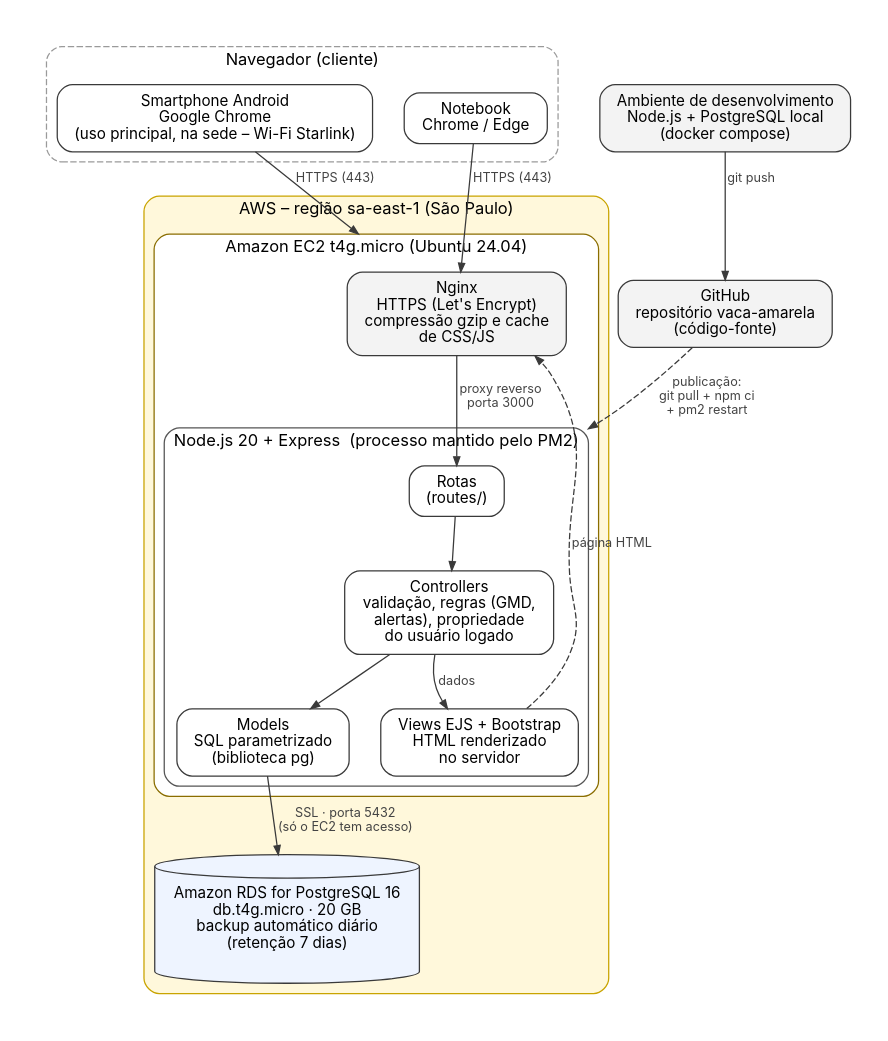
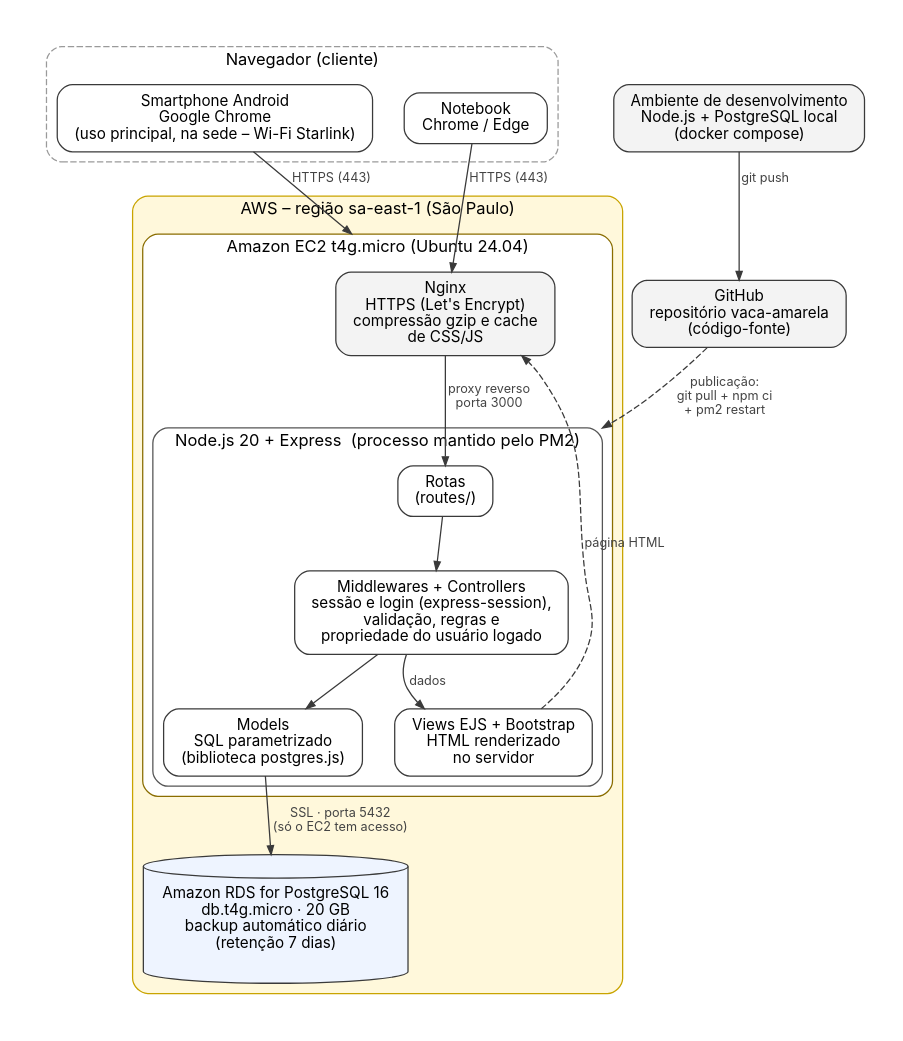
Before and after one commit to gabryelasodre/vaca-amarela: the diagram in docs/diagramas/arquitetura.dot, drawn with Graphviz. The commit also changed 1 other file, not shown here.

Commit message:
docs: arquitetura atualizada com sessão (express-session) e biblioteca postgres.js

```diff
--- a/docs/diagramas/arquitetura.dot
+++ b/docs/diagramas/arquitetura.dot
@@ -1,35 +1,35 @@
 digraph arq {
   graph [rankdir=TB, fontname="Inter", fontsize=13, nodesep=0.35, ranksep=0.45, pad=0.3, compound=true, bgcolor="white"];
   node  [shape=box, style="rounded,filled", fillcolor="#FFFFFF", color="#3A3A3A", fontname="Inter", fontsize=12, margin="0.18,0.1"];
   edge  [color="#3A3A3A", fontname="Inter", fontsize=10, fontcolor="#444444", arrowsize=0.7];
 
   subgraph cluster_user { label="Navegador (cliente)"; style="rounded,dashed"; color="#9A9A9A";
     cel [label="Smartphone Android\nGoogle Chrome\n(uso principal, na sede – Wi-Fi Starlink)"];
     note [label="Notebook\nChrome / Edge"];
   }
 
   subgraph cluster_aws { label="AWS – região sa-east-1 (São Paulo)"; style="rounded,filled"; fillcolor="#FFF8DB"; color="#C9A400";
     subgraph cluster_ec2 { label="Amazon EC2 t4g.micro (Ubuntu 24.04)"; style="rounded,filled"; fillcolor="#FFFFFF"; color="#8A6D00";
       nginx [label="Nginx\nHTTPS (Let's Encrypt)\ncompressão gzip e cache\nde CSS/JS", fillcolor="#F3F3F3"];
       subgraph cluster_node { label="Node.js 20 + Express  (processo mantido pelo PM2)"; style="rounded"; color="#555555";
         rotas [label="Rotas\n(routes/)"];
-        ctrl  [label="Controllers\nvalidação, regras (GMD,\nalertas), propriedade\ndo usuário logado"];
-        model [label="Models\nSQL parametrizado\n(biblioteca pg)"];
+        ctrl  [label="Middlewares + Controllers\nsessão e login (express-session),\nvalidação, regras e\npropriedade do usuário logado"];
+        model [label="Models\nSQL parametrizado\n(biblioteca postgres.js)"];
         views [label="Views EJS + Bootstrap\nHTML renderizado\nno servidor"];
       }
     }
     rds [label="Amazon RDS for PostgreSQL 16\ndb.t4g.micro · 20 GB\nbackup automático diário\n(retenção 7 dias)", shape=cylinder, fillcolor="#EEF4FF", margin="0.2,0.15"];
   }
 
   gh [label="GitHub\nrepositório vaca-amarela\n(código-fonte)", fillcolor="#F3F3F3"];
   dev [label="Ambiente de desenvolvimento\nNode.js + PostgreSQL local\n(docker compose)", fillcolor="#F3F3F3"];
 
   cel -> nginx [label=" HTTPS (443)", lhead=cluster_ec2];
   note -> nginx [label=" HTTPS (443)"];
   nginx -> rotas [label=" proxy reverso\n porta 3000"];
   rotas -> ctrl; ctrl -> model; ctrl -> views [dir=both, arrowtail=none, label=" dados"];
   views -> nginx [label=" página HTML", style=dashed, constraint=false];
   model -> rds [label=" SSL · porta 5432\n (só o EC2 tem acesso)"];
   dev -> gh [label=" git push"];
   gh -> rotas [label=" publicação:\n git pull + npm ci\n + pm2 restart", lhead=cluster_node, style=dashed];
 }
```
